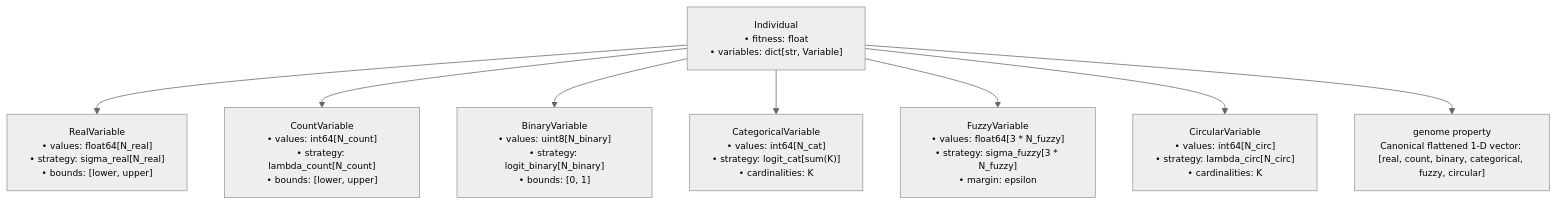
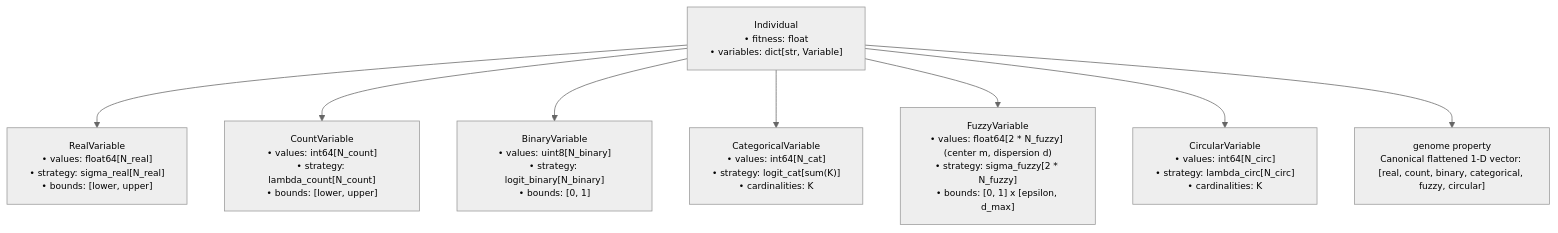
One commit to Bejmo/generalized-es changed the second of 4 diagrams in docs/architecture.md. Above: the diagram before and after it, drawn with Mermaid. The commit also changed other lines of this file and 1 other file, not shown here.

Commit message:
Update README and docs

````diff
--- a/docs/architecture.md
+++ b/docs/architecture.md
@@ -43,14 +43,14 @@
 ```mermaid
 %%{init: {'theme': 'neutral', 'themeVariables': { 'fontSize': '12px', 'nodePadding': '6' }}}%%
 flowchart TD
     Ind["Individual<br/>• fitness: float<br/>• variables: dict[str, Variable]"]
     
     Ind --> RV["RealVariable<br/>• values: float64[N_real]<br/>• strategy: sigma_real[N_real]<br/>• bounds: [lower, upper]"]
     Ind --> CV["CountVariable<br/>• values: int64[N_count]<br/>• strategy: lambda_count[N_count]<br/>• bounds: [lower, upper]"]
     Ind --> BV["BinaryVariable<br/>• values: uint8[N_binary]<br/>• strategy: logit_binary[N_binary]<br/>• bounds: [0, 1]"]
     Ind --> CatV["CategoricalVariable<br/>• values: int64[N_cat]<br/>• strategy: logit_cat[sum(K)]<br/>• cardinalities: K"]
-    Ind --> FV["FuzzyVariable<br/>• values: float64[3 * N_fuzzy]<br/>• strategy: sigma_fuzzy[3 * N_fuzzy]<br/>• margin: epsilon"]
+    Ind --> FV["FuzzyVariable<br/>• values: float64[2 * N_fuzzy] (center m, dispersion d)<br/>• strategy: sigma_fuzzy[2 * N_fuzzy]<br/>• bounds: [0, 1] x [epsilon, d_max]"]
     Ind --> CircV["CircularVariable<br/>• values: int64[N_circ]<br/>• strategy: lambda_circ[N_circ]<br/>• cardinalities: K"]
 
     Ind --> Genome["genome property<br/>Canonical flattened 1-D vector: [real, count, binary, categorical, fuzzy, circular]"]
 ```
````
